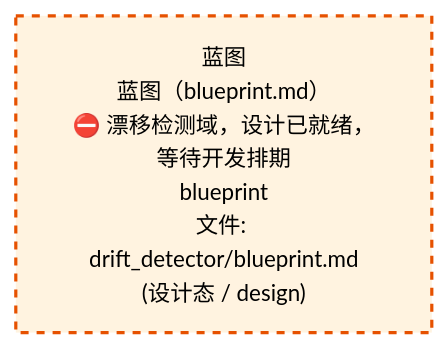
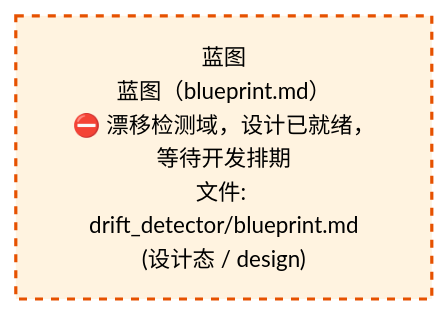
The third of 4 diagrams in docs/02_enterprise_architecture/02_domain_architecture_docs/52_d_gov_drift.md (xuanFelixVan/ZephyrAlpha), drawn with Mermaid before and after one commit. The commit also changed other lines of this file and 60 other files, not shown here.

````diff
--- a/docs/02_enterprise_architecture/02_domain_architecture_docs/52_d_gov_drift.md
+++ b/docs/02_enterprise_architecture/02_domain_architecture_docs/52_d_gov_drift.md
@@ -457,10 +457,10 @@
 ```mermaid
 %%{init: {'theme': 'base', 'themeVariables': {'primaryColor': '#eaeaea', 'primaryTextColor': '#333333', 'primaryBorderColor': '#666666', 'lineColor': '#666666', 'secondaryColor': '#eaeaea', 'tertiaryColor': '#eaeaea', 'fontSize': '14px'}}}%%
 flowchart TD
-    docs_03_modules_domain_governance_drift_detector_blueprint_md["蓝图<br/>蓝图（blueprint.md）<br/>⛔ 漂移检测域，设计已就绪，等待开发排期<br/>blueprint<br/>文件: drift_detector/blueprint.md<br/>(设计态 / design)"]
+    docs_03_modules_domain_governance_drift_detector_blueprint_md["蓝图<br/>蓝图（blueprint.md）<br/>⛔ 漂移检测域，设计已就绪，等待开发排期<br/>文件: drift_detector/blueprint.md<br/>(设计态 / design)"]
     classDef production fill:#e1f5fe,stroke:#01579b,stroke-width:2px,color:#000
     classDef design fill:#fff3e0,stroke:#e65100,stroke-width:2px,color:#000,stroke-dasharray: 5 5
     classDef external_prod fill:#e8f4fd,stroke:#0277bd,stroke-width:1px,color:#000
     classDef external_design fill:#fff8e7,stroke:#ef6c00,stroke-width:1px,color:#000,stroke-dasharray: 5 5
     class docs_03_modules_domain_governance_drift_detector_blueprint_md design
 ```
````
